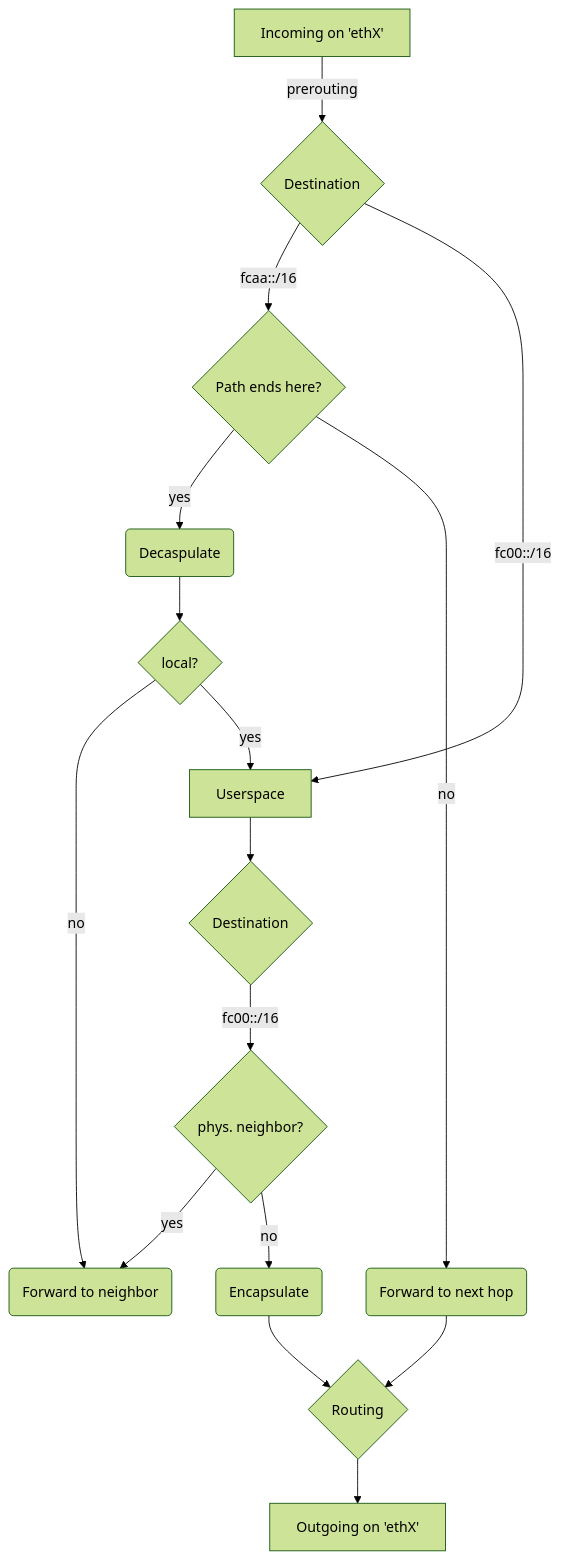
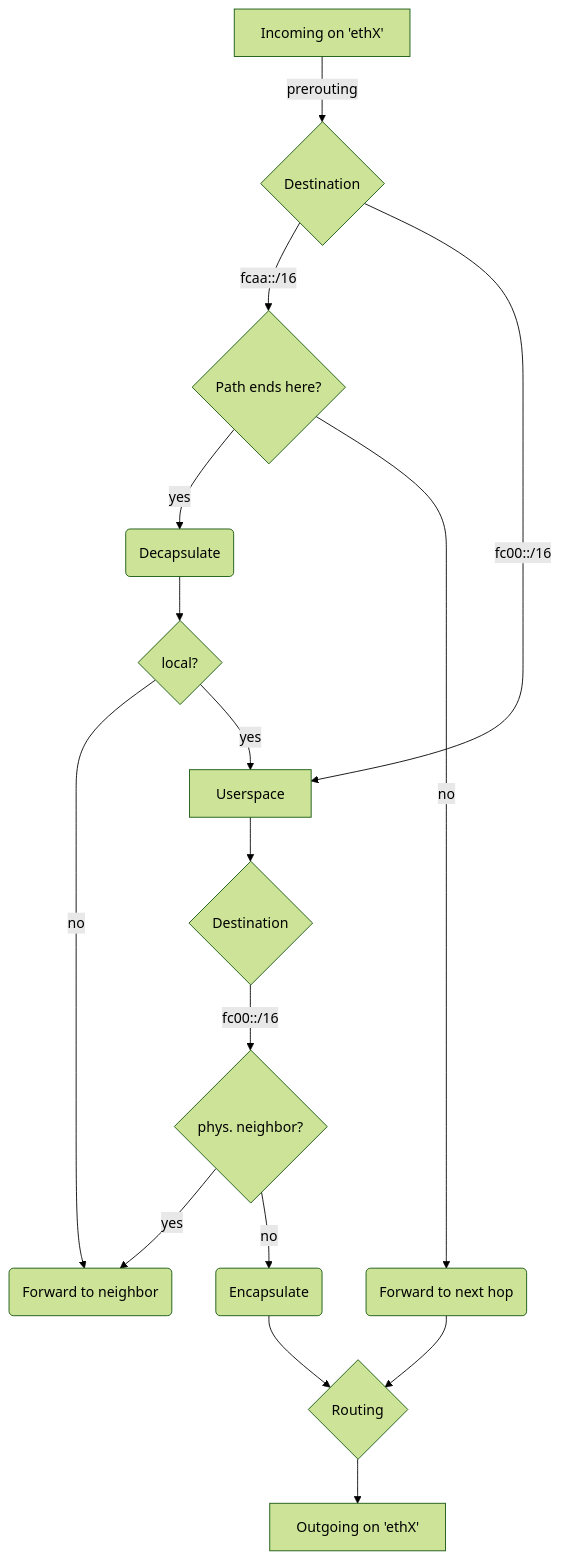
One commit to kit-tm/KIRA-Rust changed the diagram in forwarding/README.MD. Above: the diagram before and after it, drawn with Mermaid (forest theme).

````diff
--- a/forwarding/README.MD
+++ b/forwarding/README.MD
@@ -24,19 +24,19 @@
 ```mermaid
     graph TD
     A[Incoming on 'ethX'] -->|prerouting| B{Destination}
     B --> |fcaa::/16| C{Path ends here?}
     B --> |fc00::/16| F
     D --> |no| E(Forward to neighbor)
     D --> |yes| F[Userspace]
-    C --> |yes| G(Decaspulate)
+    C --> |yes| G(Decapsulate)
     G --> D{local?} 
     C --> |no| H(Forward to next hop)
     H --> I{Routing}
     I --> Z[Outgoing on 'ethX']
     F --> J{Destination}
     J --> |fc00::/16| K{phys. neighbor?}
     K --> |yes| E
     K --> |no| L(Encapsulate)
     L --> I
  
 ```
````
